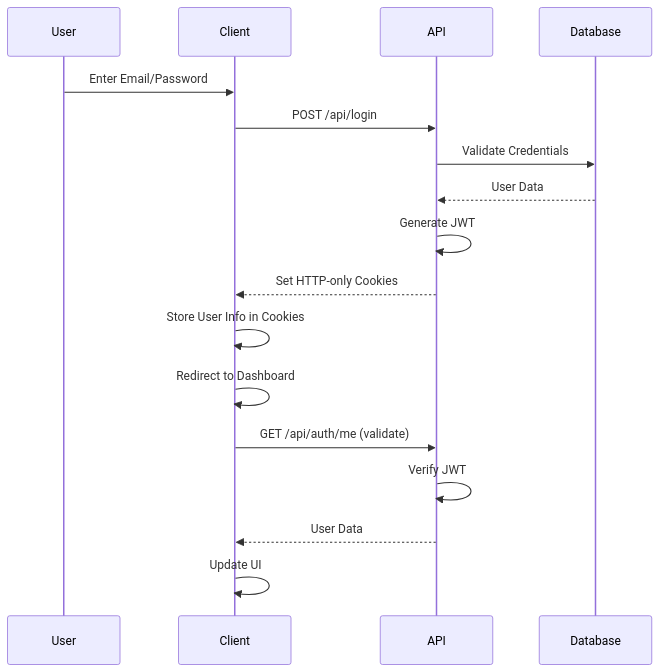
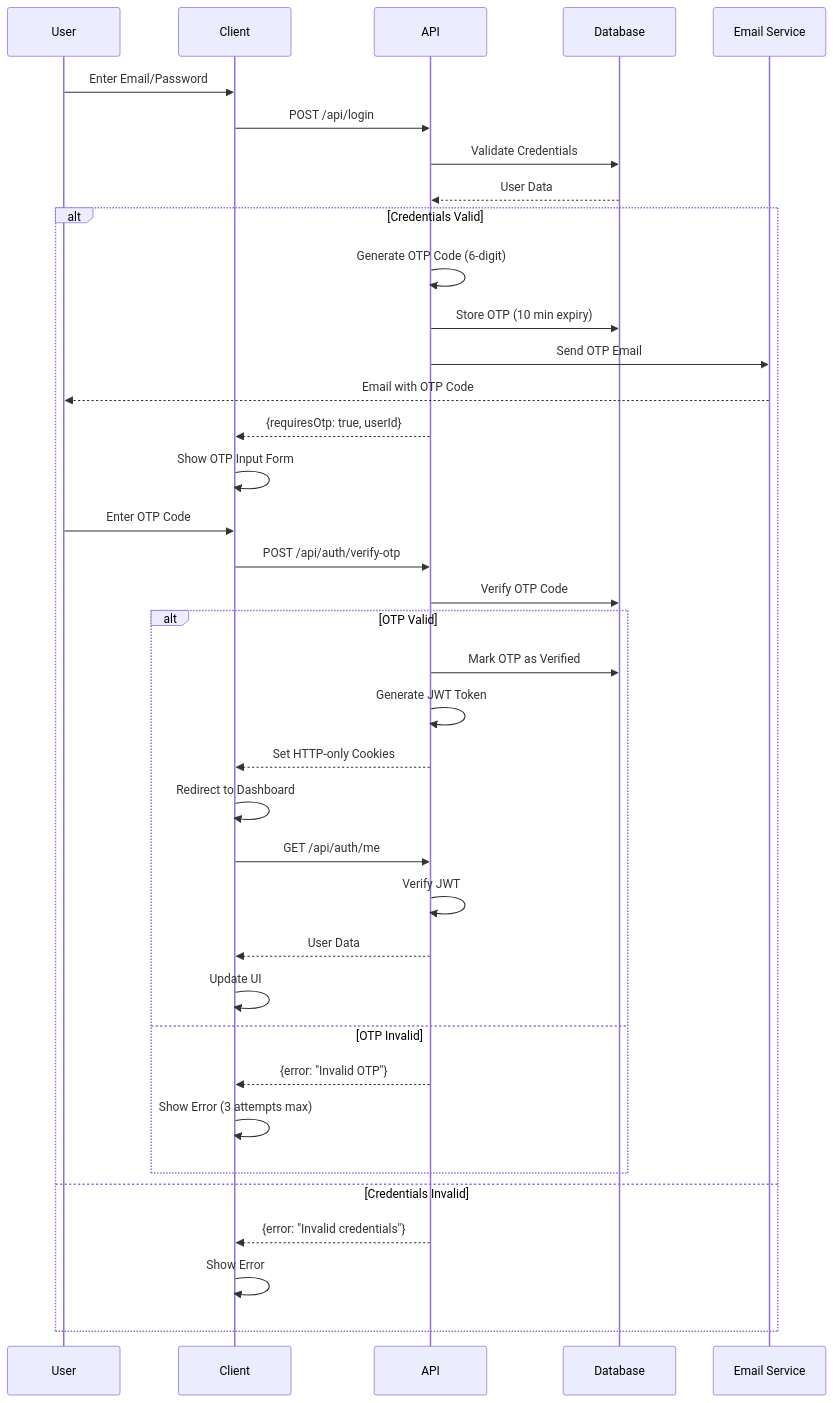
Before and after one commit to Abid-5AS/CDBL-LMS: the fourth of 13 diagrams in docs/technical-documentation/06-Flow-Charts.md, drawn with Mermaid. The commit also changed other lines of this file and 4 other files, not shown here.

````diff
--- a/docs/technical-documentation/06-Flow-Charts.md
+++ b/docs/technical-documentation/06-Flow-Charts.md
@@ -105,20 +109,44 @@
 ```mermaid
 sequenceDiagram
     participant U as User
     participant C as Client
     participant A as API
     participant D as Database
-    
+    participant E as Email Service
+
     U->>C: Enter Email/Password
     C->>A: POST /api/login
     A->>D: Validate Credentials
     D-->>A: User Data
-    A->>A: Generate JWT
-    A-->>C: Set HTTP-only Cookies
-    C->>C: Store User Info in Cookies
-    C->>C: Redirect to Dashboard
-    C->>A: GET /api/auth/me (validate)
-    A->>A: Verify JWT
-    A-->>C: User Data
-    C->>C: Update UI
+
+    alt Credentials Valid
+        A->>A: Generate OTP Code (6-digit)
+        A->>D: Store OTP (10 min expiry)
+        A->>E: Send OTP Email
+        E-->>U: Email with OTP Code
+        A-->>C: {requiresOtp: true, userId}
+        C->>C: Show OTP Input Form
+
+        U->>C: Enter OTP Code
+        C->>A: POST /api/auth/verify-otp
+        A->>D: Verify OTP Code
+
+        alt OTP Valid
+            A->>D: Mark OTP as Verified
+            A->>A: Generate JWT Token
+            A-->>C: Set HTTP-only Cookies
+            C->>C: Redirect to Dashboard
+            C->>A: GET /api/auth/me
+            A->>A: Verify JWT
+            A-->>C: User Data
+            C->>C: Update UI
+        else OTP Invalid
+            A-->>C: {error: "Invalid OTP"}
+            C->>C: Show Error (3 attempts max)
+        end
+
+    else Credentials Invalid
+        A-->>C: {error: "Invalid credentials"}
+        C->>C: Show Error
+    end
 ```
````
